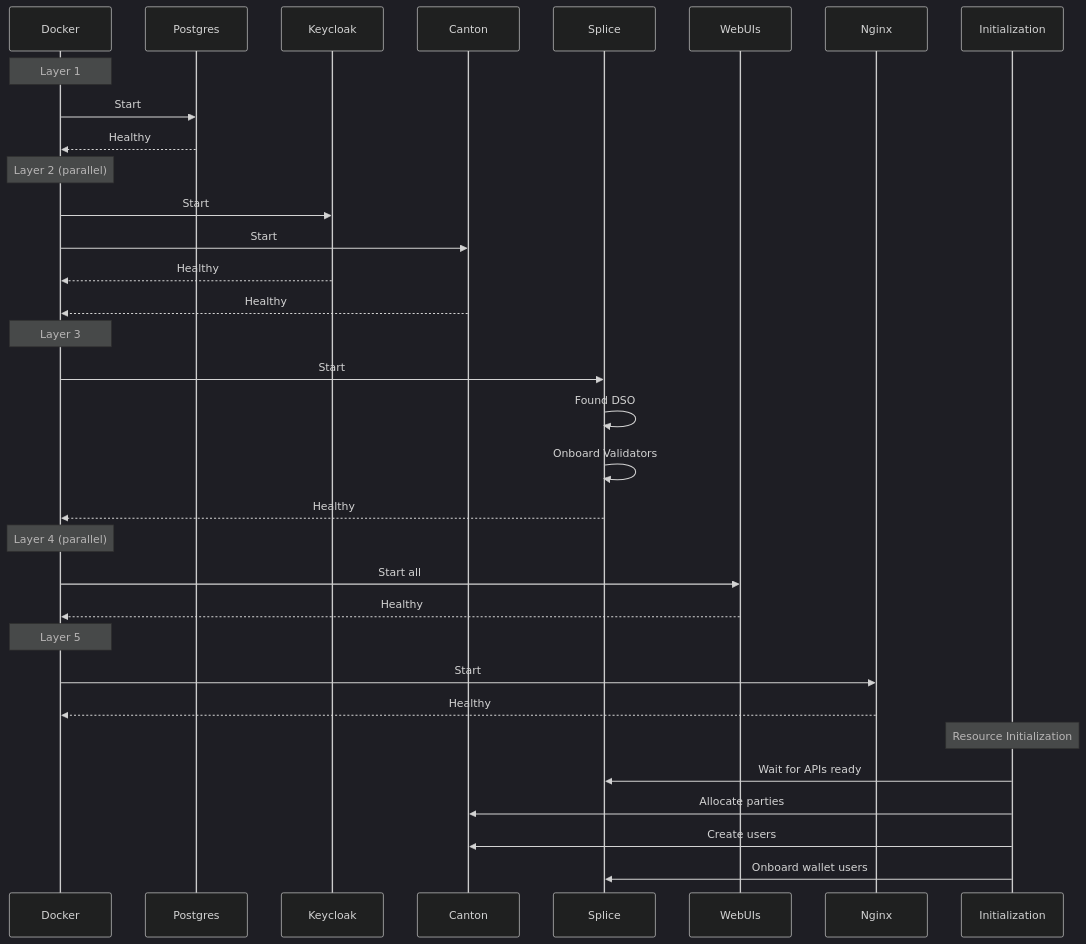
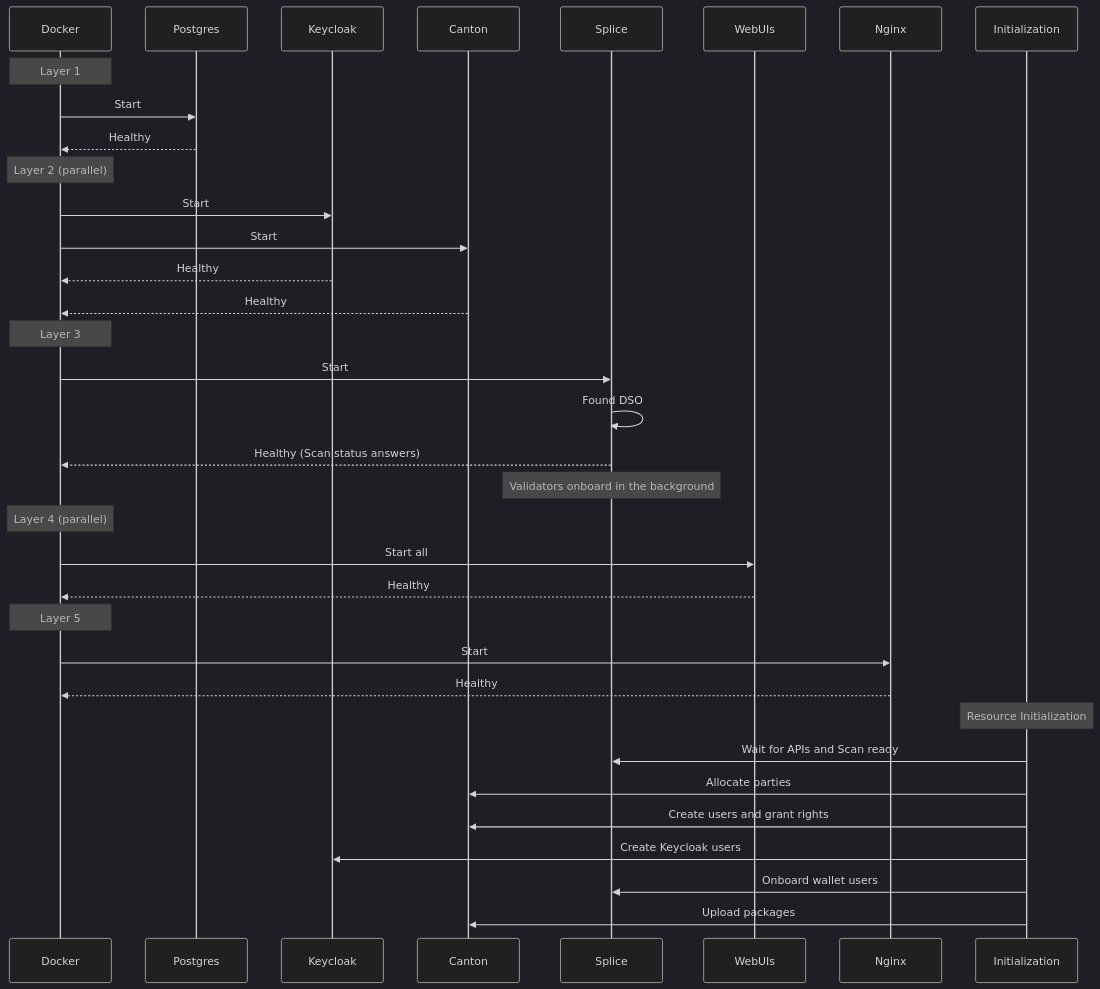
Before and after one commit to denex-io/denex-network-manager: the fifth of 7 diagrams in site/src/content/docs/how-it-works/architecture.md, drawn with Mermaid (dark theme). The commit also changed other lines of this file, not shown here.

Commit message:
docs: correct the architecture page

````diff
--- a/site/src/content/docs/how-it-works/architecture.md
+++ b/site/src/content/docs/how-it-works/architecture.md
@@ -475,41 +492,43 @@
 ```mermaid
 sequenceDiagram
     participant Docker
     participant Postgres
     participant Keycloak
     participant Canton
     participant Splice
     participant WebUIs
     participant Nginx
     participant Init as Initialization
     
     Note over Docker: Layer 1
     Docker->>Postgres: Start
     Postgres-->>Docker: Healthy
     
     Note over Docker: Layer 2 (parallel)
     Docker->>Keycloak: Start
     Docker->>Canton: Start
     Keycloak-->>Docker: Healthy
     Canton-->>Docker: Healthy
     
     Note over Docker: Layer 3
     Docker->>Splice: Start
     Splice->>Splice: Found DSO
-    Splice->>Splice: Onboard Validators
-    Splice-->>Docker: Healthy
+    Splice-->>Docker: Healthy (Scan status answers)
+    Note over Splice: Validators onboard in the background
     
     Note over Docker: Layer 4 (parallel)
     Docker->>WebUIs: Start all
     WebUIs-->>Docker: Healthy
 
     Note over Docker: Layer 5
     Docker->>Nginx: Start
     Nginx-->>Docker: Healthy
     
     Note over Init: Resource Initialization
-    Init->>Splice: Wait for APIs ready
+    Init->>Splice: Wait for APIs and Scan ready
     Init->>Canton: Allocate parties
-    Init->>Canton: Create users
+    Init->>Canton: Create users and grant rights
+    Init->>Keycloak: Create Keycloak users
     Init->>Splice: Onboard wallet users
+    Init->>Canton: Upload packages
 ```
````
